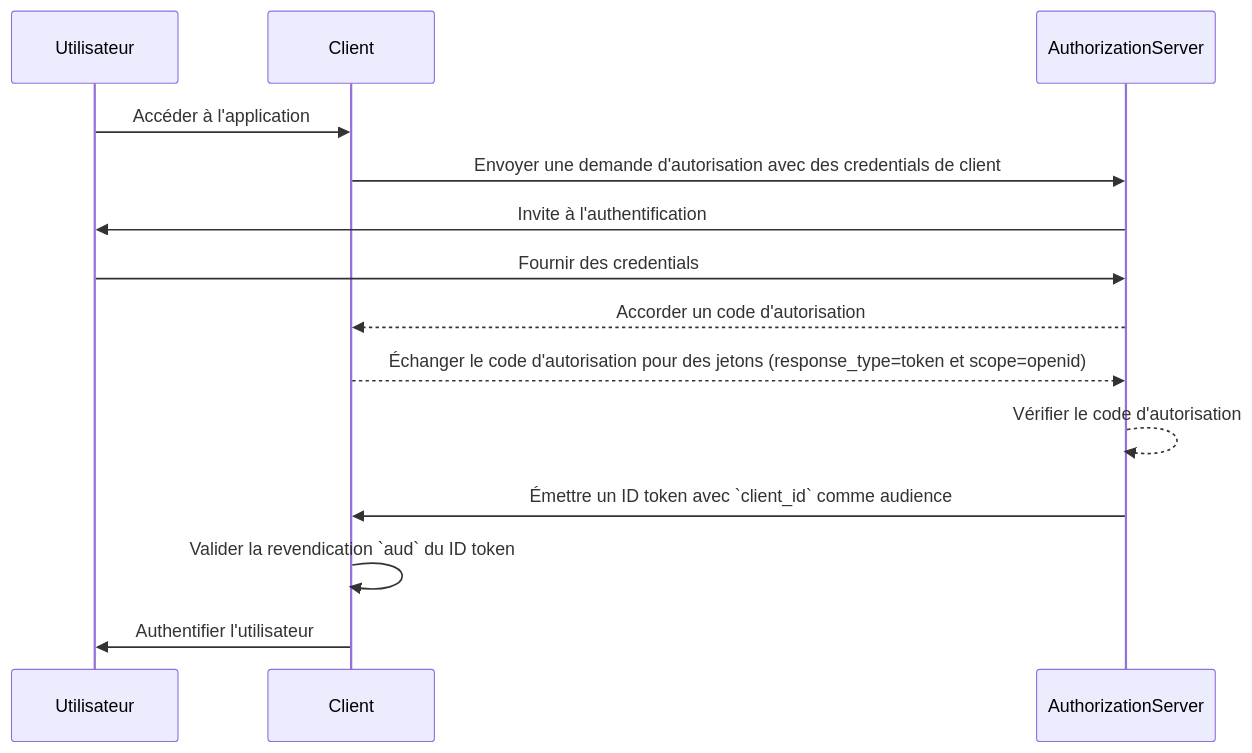
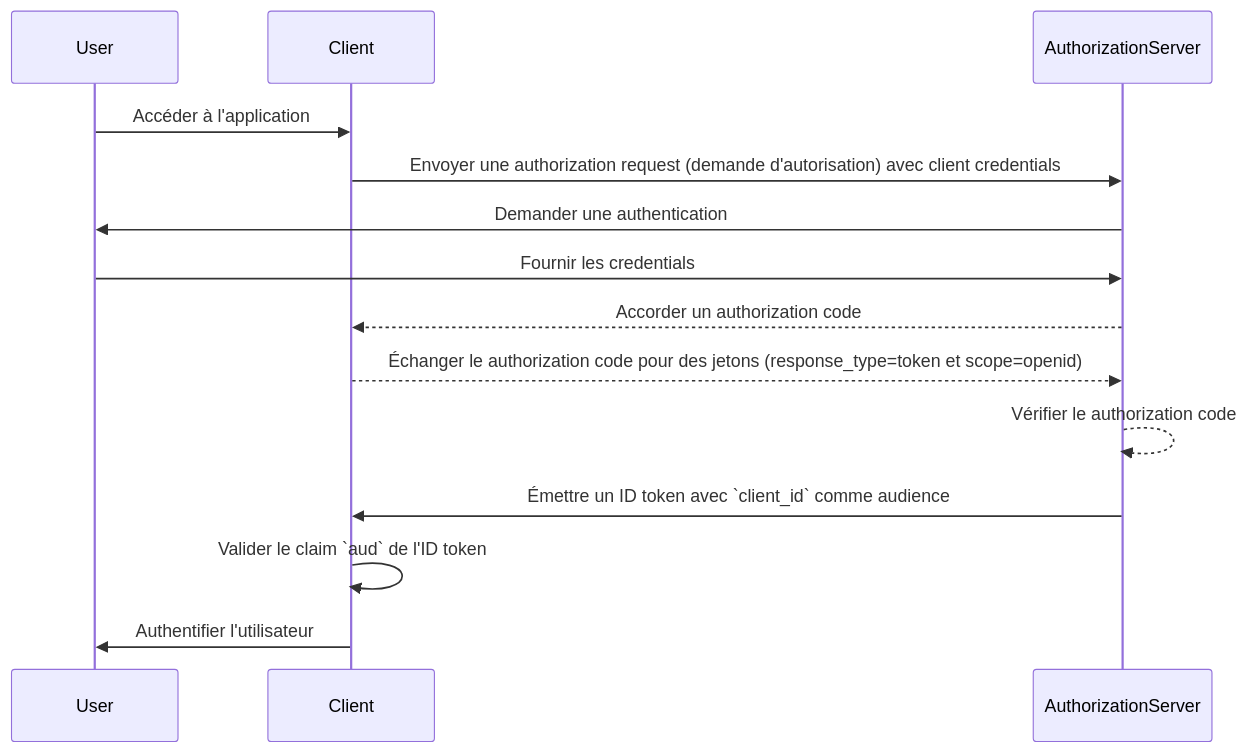
Before and after one commit to logto-io/auth-wiki: the first of 2 diagrams in src/content/terms/fr/audience.mdx, drawn with Mermaid. The commit also changed other lines of this file and 48 other files, not shown here.

````diff
--- a/src/content/terms/fr/audience.mdx
+++ b/src/content/terms/fr/audience.mdx
@@ -49,17 +49,17 @@
 ```mermaid
 sequenceDiagram
-    participant Utilisateur
+    participant User
     participant Client
     participant AuthorizationServer
 
-    Utilisateur->>Client: Accéder à l'application
-    Client->>AuthorizationServer: Envoyer une demande d'autorisation avec des credentials de client
-    AuthorizationServer->>Utilisateur: Invite à l'authentification
-    Utilisateur->>AuthorizationServer: Fournir des credentials
-    AuthorizationServer-->>Client: Accorder un code d'autorisation
-    Client-->>AuthorizationServer: Échanger le code d'autorisation pour des jetons (response_type=token et scope=openid)
-    AuthorizationServer-->>AuthorizationServer: Vérifier le code d'autorisation
+    User->>Client: Accéder à l'application
+    Client->>AuthorizationServer: Envoyer une authorization request (demande d'autorisation) avec client credentials
+    AuthorizationServer->>User: Demander une authentication
+    User->>AuthorizationServer: Fournir les credentials
+    AuthorizationServer-->>Client: Accorder un authorization code
+    Client-->>AuthorizationServer: Échanger le authorization code pour des jetons (response_type=token et scope=openid)
+    AuthorizationServer-->>AuthorizationServer: Vérifier le authorization code
     AuthorizationServer->>Client: Émettre un ID token avec `client_id` comme audience
-    Client->> Client: Valider la revendication `aud` du ID token
-    Client->>Utilisateur: Authentifier l'utilisateur
+    Client->> Client: Valider le claim `aud` de l'ID token
+    Client->>User: Authentifier l'utilisateur
 ```
````
